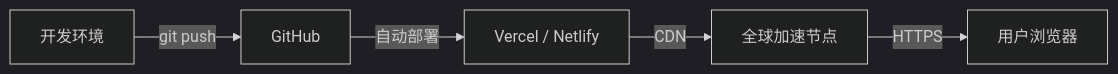
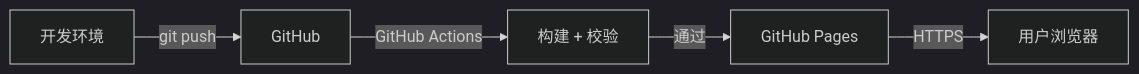
The second of 2 diagrams in .trae/documents/宁夏旅游地图技术架构.md (Minkelxy/ningxia-tourism), drawn with Mermaid (dark theme) before and after one commit. The commit also changed other lines of this file and 2 other files, not shown here.

````diff
--- a/.trae/documents/宁夏旅游地图技术架构.md
+++ b/.trae/documents/宁夏旅游地图技术架构.md
@@ -483,7 +760,7 @@
 ```mermaid
 flowchart LR
     A[开发环境] -->|git push| B[GitHub]
-    B -->|自动部署| C[Vercel / Netlify]
-    C -->|CDN| D[全球加速节点]
+    B -->|GitHub Actions| C[构建 + 校验]
+    C -->|通过| D[GitHub Pages]
     D -->|HTTPS| E[用户浏览器]
 ```
````
